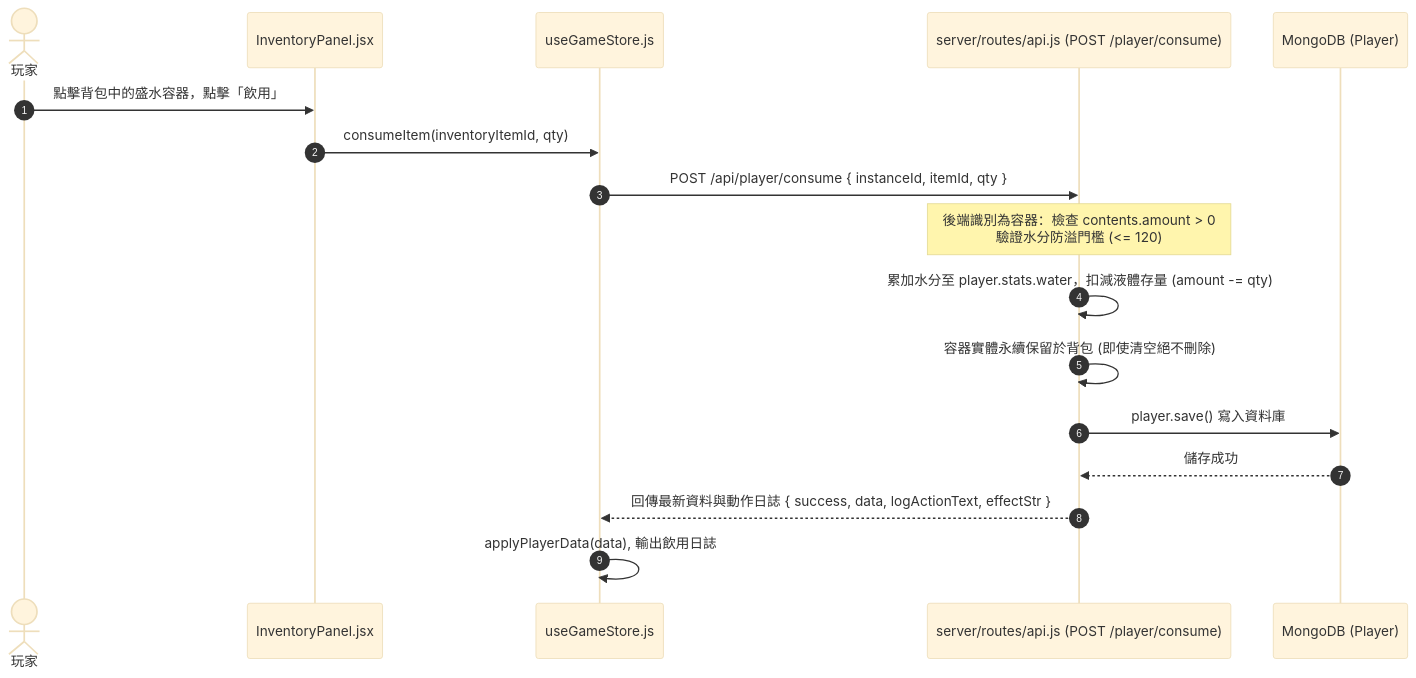
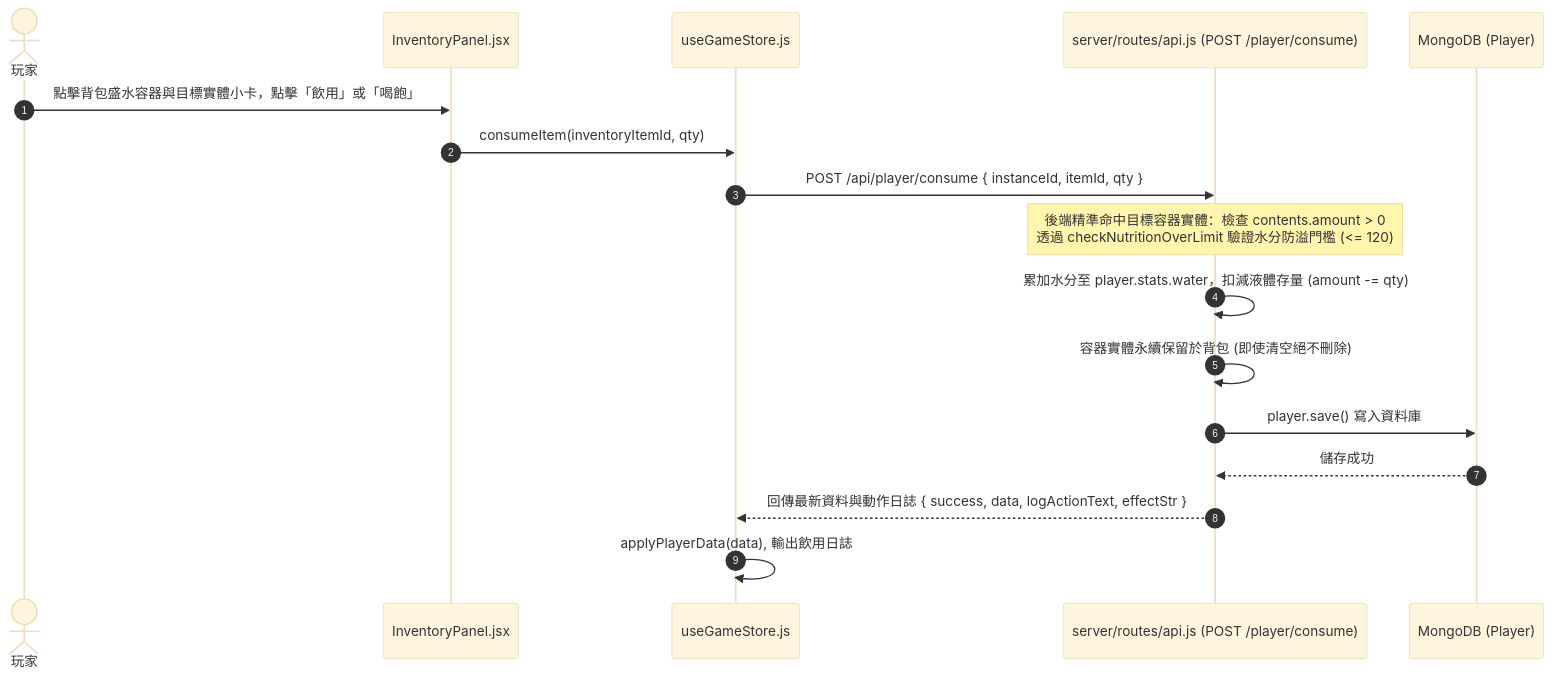
One commit to csiehsu/Aether-Immersion changed the tenth of 16 diagrams in README.md. Above: the diagram before and after it, drawn with Mermaid (base theme). The commit also changed other lines of this file and 21 other files, not shown here.

````diff
--- a/README.md
+++ b/README.md
@@ -598,20 +605,20 @@
 ```mermaid
 sequenceDiagram
     autonumber
     actor Player as 玩家
     participant View as InventoryPanel.jsx
     participant Store as useGameStore.js
     participant API as server/routes/api.js (POST /player/consume)
     participant DB as MongoDB (Player)
 
-    Player->>View: 點擊背包中的盛水容器，點擊「飲用」
+    Player->>View: 點擊背包盛水容器與目標實體小卡，點擊「飲用」或「喝飽」
     View->>Store: consumeItem(inventoryItemId, qty)
     Store->>API: POST /api/player/consume { instanceId, itemId, qty }
-    Note over API: 後端識別為容器：檢查 contents.amount > 0<br/>驗證水分防溢門檻 (<= 120)
+    Note over API: 後端精準命中目標容器實體：檢查 contents.amount > 0<br/>透過 checkNutritionOverLimit 驗證水分防溢門檻 (<= 120)
     API->>API: 累加水分至 player.stats.water，扣減液體存量 (amount -= qty)
     API->>API: 容器實體永續保留於背包 (即使清空絕不刪除)
     API->>DB: player.save() 寫入資料庫
     DB-->>API: 儲存成功
     API-->>Store: 回傳最新資料與動作日誌 { success, data, logActionText, effectStr }
     Store->>Store: applyPlayerData(data), 輸出飲用日誌
 ```
````
